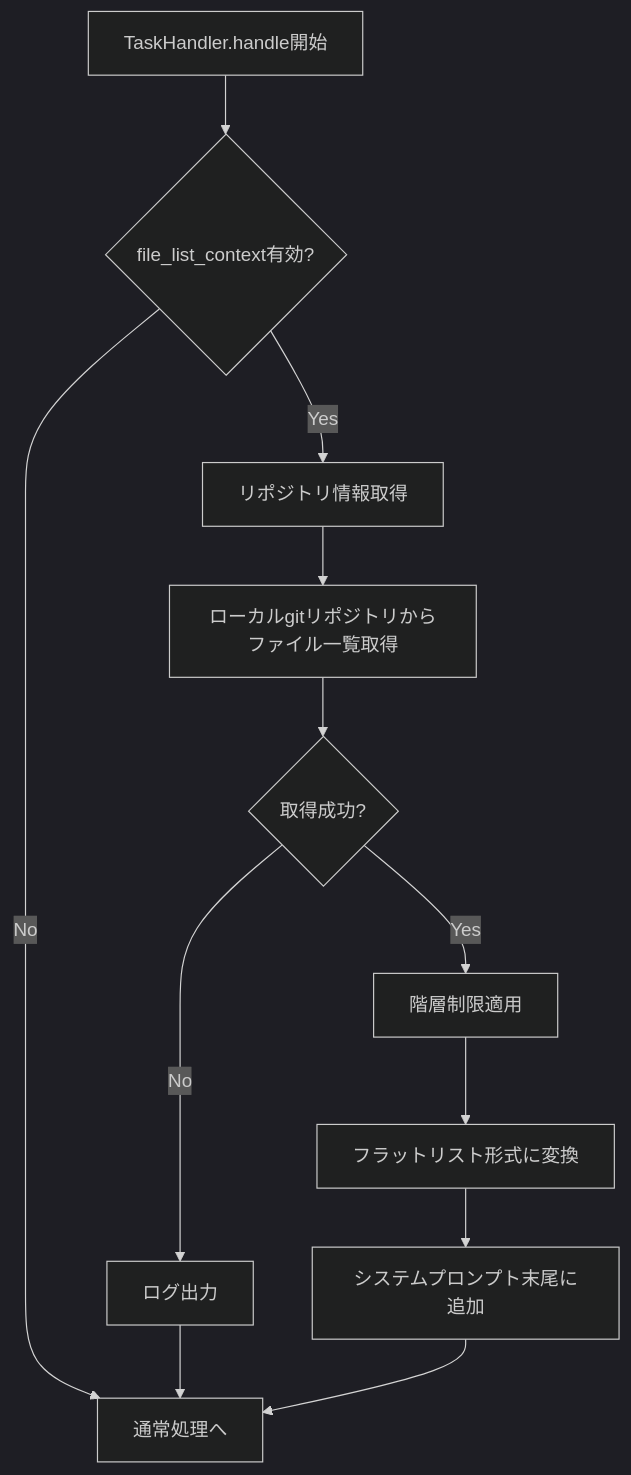
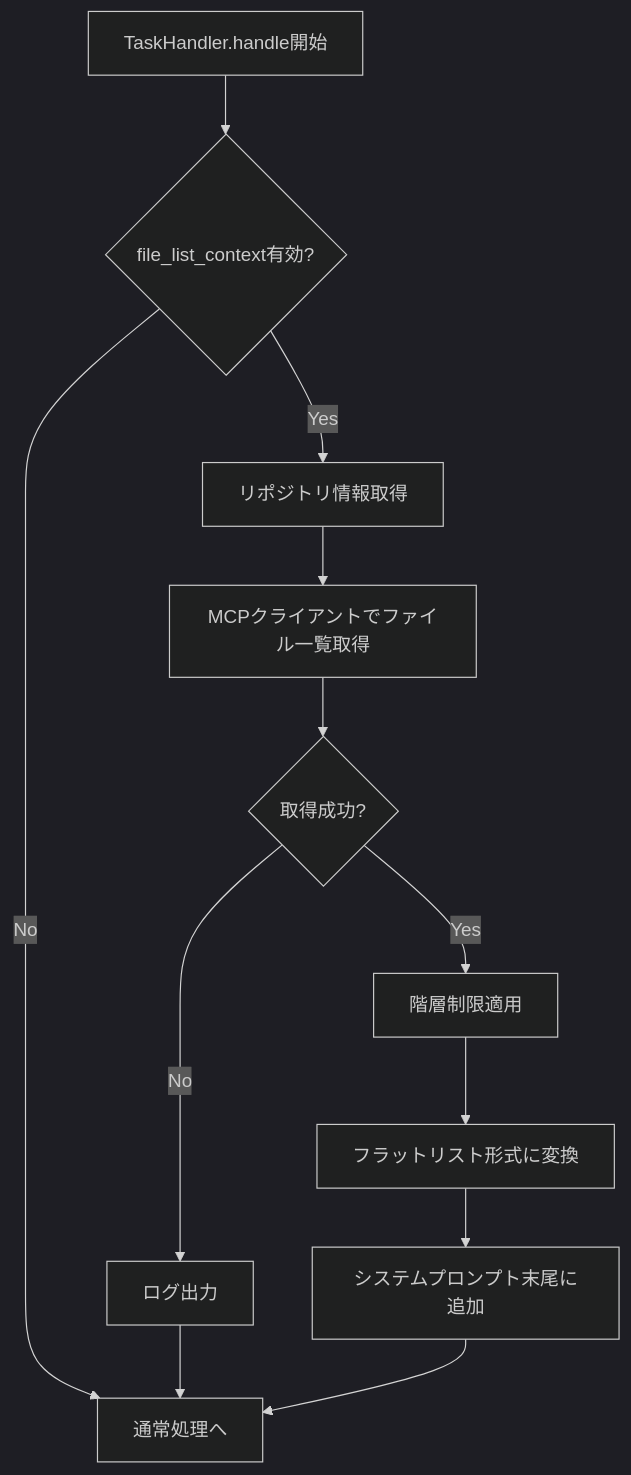
One commit to notfolder/coding_agent changed the first of 2 diagrams in docs/spec/PROJECT_FILE_LIST_CONTEXT_SPECIFICATION.md. Above: the diagram before and after it, drawn with Mermaid (dark theme). The commit also changed other lines of this file, not shown here.

````diff
--- a/docs/spec/PROJECT_FILE_LIST_CONTEXT_SPECIFICATION.md
+++ b/docs/spec/PROJECT_FILE_LIST_CONTEXT_SPECIFICATION.md
@@ -49,14 +49,14 @@
 ```mermaid
 flowchart TD
     A[TaskHandler.handle開始] --> B{file_list_context有効?}
     B -->|No| C[通常処理へ]
     B -->|Yes| D[リポジトリ情報取得]
-    D --> E[ローカルgitリポジトリからファイル一覧取得]
+    D --> E[MCPクライアントでファイル一覧取得]
     E --> F{取得成功?}
     F -->|Yes| G[階層制限適用]
     F -->|No| H[ログ出力]
     H --> C
     G --> I[フラットリスト形式に変換]
     I --> J[システムプロンプト末尾に追加]
     J --> C
 ```
````
